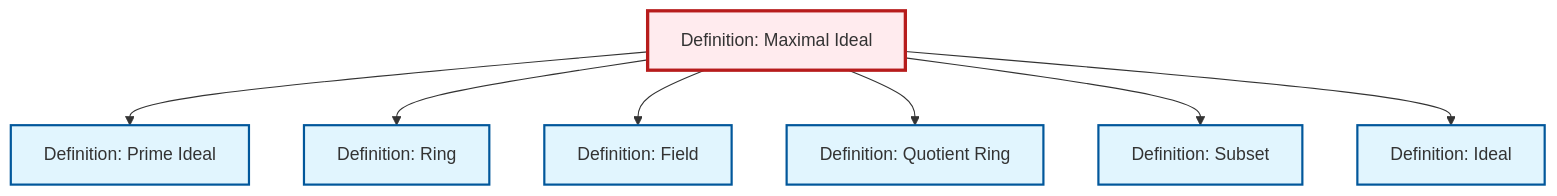
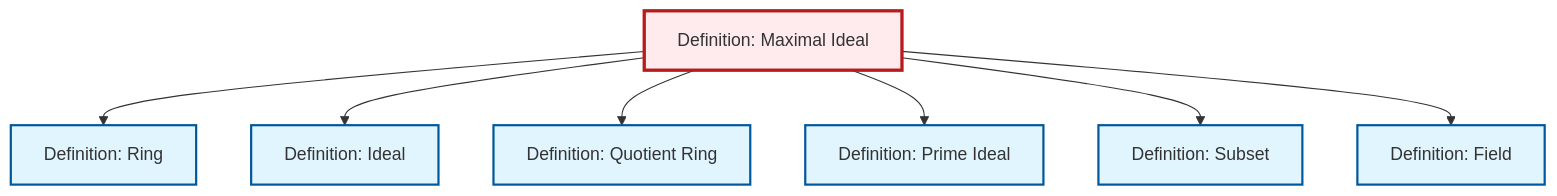
One commit to RK0429/ModernMath changed the diagram in content/en/algebra/def-maximal-ideal.qmd. Above: the diagram before and after it, drawn with Mermaid. The commit also changed other lines of this file and 328 other files, not shown here.

````diff
--- a/content/en/algebra/def-maximal-ideal.qmd
+++ b/content/en/algebra/def-maximal-ideal.qmd
@@ -94,29 +94,29 @@
 ```{mermaid}
 %%| fig-cap: "Local dependency graph"
 graph TD
     classDef definition fill:#e1f5fe,stroke:#01579b,stroke-width:2px
     classDef theorem fill:#f3e5f5,stroke:#4a148c,stroke-width:2px
     classDef axiom fill:#fff3e0,stroke:#e65100,stroke-width:2px
     classDef example fill:#e8f5e9,stroke:#1b5e20,stroke-width:2px
     classDef current fill:#ffebee,stroke:#b71c1c,stroke-width:3px
-    def-maximal-ideal["Definition: Maximal Ideal"]:::definition
-    def-subset["Definition: Subset"]:::definition
+    def-field["Definition: Field"]:::definition
+    def-ideal["Definition: Ideal"]:::definition
+    def-ring["Definition: Ring"]:::definition
     def-prime-ideal["Definition: Prime Ideal"]:::definition
     def-quotient-ring["Definition: Quotient Ring"]:::definition
-    def-ideal["Definition: Ideal"]:::definition
-    def-ring["Definition: Ring"]:::definition
-    def-field["Definition: Field"]:::definition
+    def-subset["Definition: Subset"]:::definition
+    def-maximal-ideal["Definition: Maximal Ideal"]:::definition
+    def-maximal-ideal --> def-ring
+    def-maximal-ideal --> def-ideal
+    def-maximal-ideal --> def-quotient-ring
     def-maximal-ideal --> def-prime-ideal
-    def-maximal-ideal --> def-ring
+    def-maximal-ideal --> def-subset
     def-maximal-ideal --> def-field
-    def-maximal-ideal --> def-quotient-ring
-    def-maximal-ideal --> def-subset
-    def-maximal-ideal --> def-ideal
     class def-maximal-ideal current
-    click def-subset "def-subset.html" "Go to Subset definition"
+    click def-field "def-field.html" "Go to Field definition"
+    click def-ideal "def-ideal.html" "Go to Ideal definition"
+    click def-ring "def-ring.html" "Go to Ring definition"
     click def-prime-ideal "def-prime-ideal.html" "Go to Prime Ideal definition"
     click def-quotient-ring "def-quotient-ring.html" "Go to Quotient Ring definition"
-    click def-ideal "def-ideal.html" "Go to Ideal definition"
-    click def-ring "def-ring.html" "Go to Ring definition"
-    click def-field "def-field.html" "Go to Field definition"
+    click def-subset "def-subset.html" "Go to Subset definition"
 ```
````
